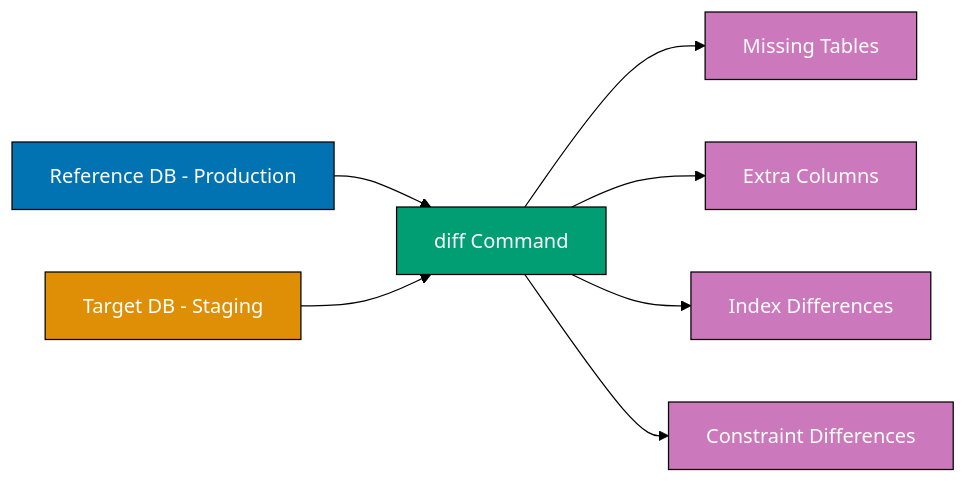
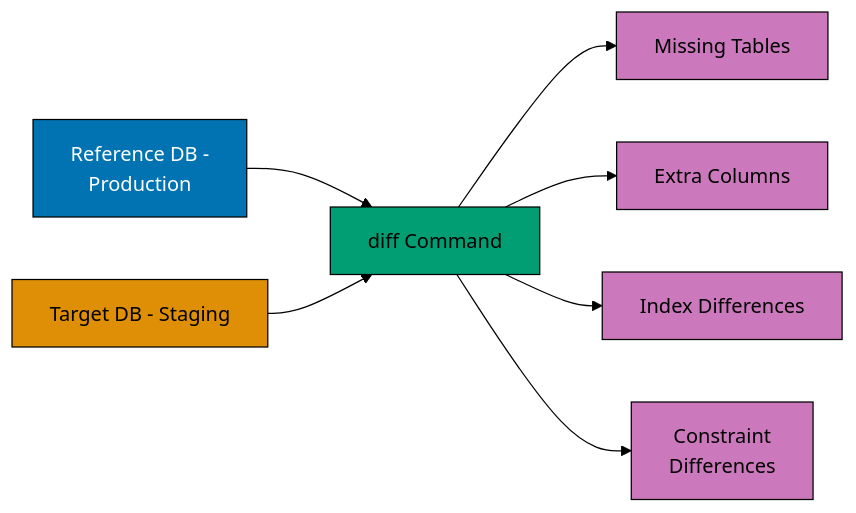
The fourth of 5 diagrams in apps/ayokoding-www/content/en/learn/legacy/software-engineering/data/tools/java-liquibase/by-example/intermediate.md (wahidyankf/ose-public), drawn with Mermaid (forest theme) before and after one commit. The commit also changed other lines of this file and 131 other files, not shown here.

First line of the commit message:
fix(mermaid): bring the legacy data, infrastructure, and testing diagrams onto the accessible palette

````diff
--- a/apps/ayokoding-www/content/en/learn/legacy/software-engineering/data/tools/java-liquibase/by-example/intermediate.md
+++ b/apps/ayokoding-www/content/en/learn/legacy/software-engineering/data/tools/java-liquibase/by-example/intermediate.md
@@ -754,18 +777,25 @@
 ```mermaid
 %% Color Palette: Blue #0173B2, Orange #DE8F05, Teal #029E73, Purple #CC78BC, Brown #CA9161
 graph LR
-    A[Reference DB - Production] --> C[diff Command]
+    accTitle: Example 43: diff Command
+    accDescr: Graph with 7 nodes and 6 connections. Nodes: Reference DB - Production, diff Command, Target DB - Staging, Missing Tables, Extra Columns, Index Differences, Constraint Differences. Connections: Reference DB - Production to diff Command, Target DB - Staging to diff Command, diff Command to Missing Tables, diff Command to Extra Columns, diff Command to Index Differences, diff Command to Constraint Differences.
+    A[Reference DB -<br/>Production] --> C[diff Command]
     B[Target DB - Staging] --> C
     C --> D[Missing Tables]
     C --> E[Extra Columns]
     C --> F[Index Differences]
-    C --> G[Constraint Differences]
+    C --> G[Constraint<br/>Differences]
 
-    style A fill:#0173B2,stroke:#000,color:#fff
-    style B fill:#DE8F05,stroke:#000,color:#fff
-    style C fill:#029E73,stroke:#000,color:#fff
-    style D fill:#CC78BC,stroke:#000,color:#fff
-    style E fill:#CC78BC,stroke:#000,color:#fff
-    style F fill:#CC78BC,stroke:#000,color:#fff
-    style G fill:#CC78BC,stroke:#000,color:#fff
+    classDef pal-0173B2 fill:#0173B2,stroke:#000000,color:#FFFFFF
+    class A pal-0173B2
+    classDef pal-DE8F05 fill:#DE8F05,stroke:#000000,color:#000000
+    class B pal-DE8F05
+    classDef pal-029E73 fill:#029E73,stroke:#000000,color:#000000
+    class C pal-029E73
+    classDef pal-CC78BC fill:#CC78BC,stroke:#000000,color:#000000
+    class D pal-CC78BC
+    class E pal-CC78BC
+    class F pal-CC78BC
+    class G pal-CC78BC
+    classDef default fill:#FFFFFF,stroke:#000000,color:#000000
 ```
````
